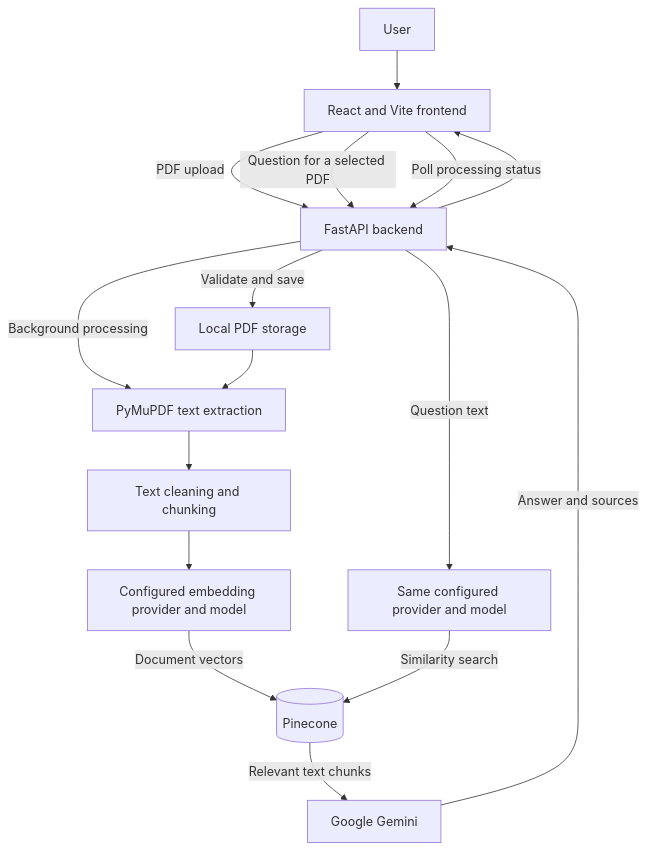
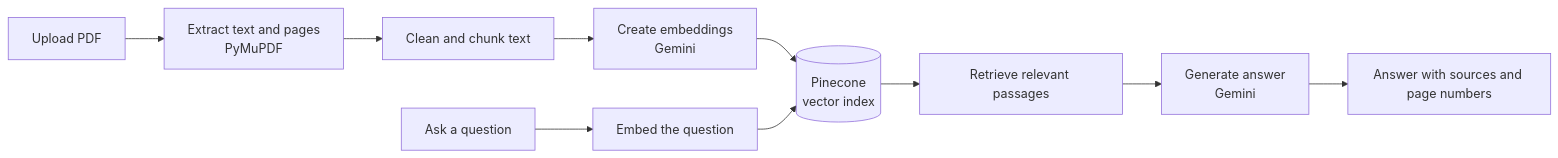
Before and after one commit to SamadhanEkad/OmniBrain: the diagram in README.md, drawn with Mermaid. The commit also changed other lines of this file, not shown here.

````diff
--- a/README.md
+++ b/README.md
@@ -30,18 +53,12 @@
 ```mermaid
-flowchart TD
-    U[User] --> FE[React and Vite frontend]
-    FE -->|PDF upload| API[FastAPI backend]
-    API -->|Validate and save| PDF[Local PDF storage]
-    FE -->|Question for a selected PDF| API
-    API -->|Background processing| EX[PyMuPDF text extraction]
-    PDF --> EX
-    EX --> CH[Text cleaning and chunking]
-    CH --> EMB[Configured embedding provider and model]
-    EMB -->|Document vectors| DB[(Pinecone)]
-    API -->|Question text| QE[Same configured provider and model]
-    QE -->|Similarity search| DB
-    DB -->|Relevant text chunks| GEN[Google Gemini]
-    GEN -->|Answer and sources| API
-    API --> FE
-    FE -->|Poll processing status| API
+flowchart LR
+    A[Upload PDF] --> B[Extract text and pages<br/>PyMuPDF]
+    B --> C[Clean and chunk text]
+    C --> D[Create embeddings<br/>Gemini]
+    D --> E[(Pinecone<br/>vector index)]
+    F[Ask a question] --> G[Embed the question]
+    G --> E
+    E --> H[Retrieve relevant passages]
+    H --> I[Generate answer<br/>Gemini]
+    I --> J[Answer with sources and page numbers]
 ```
````
